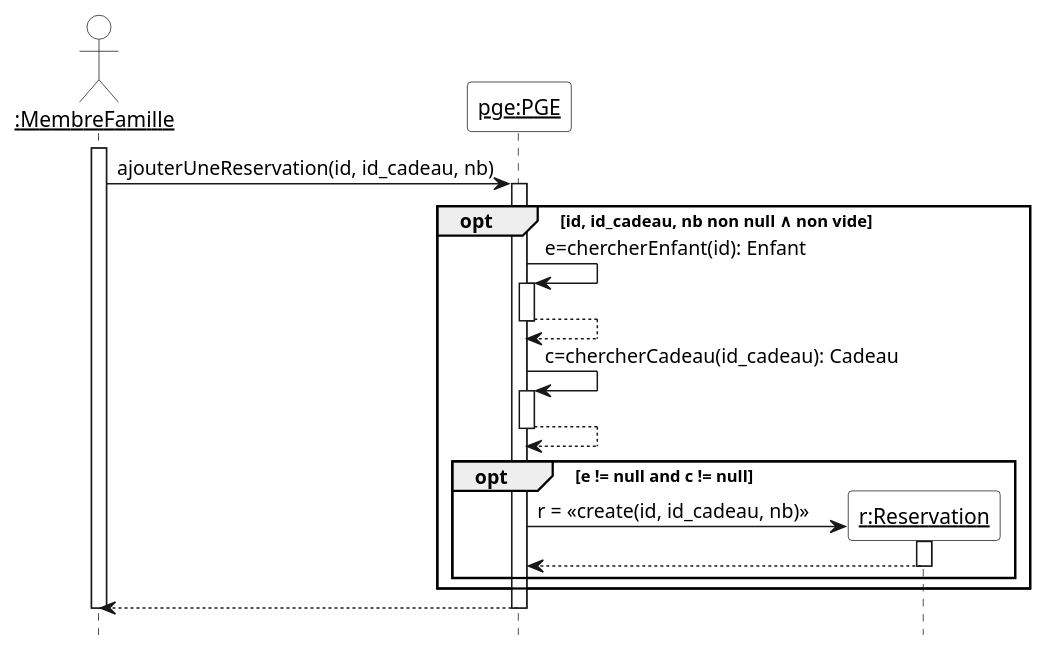
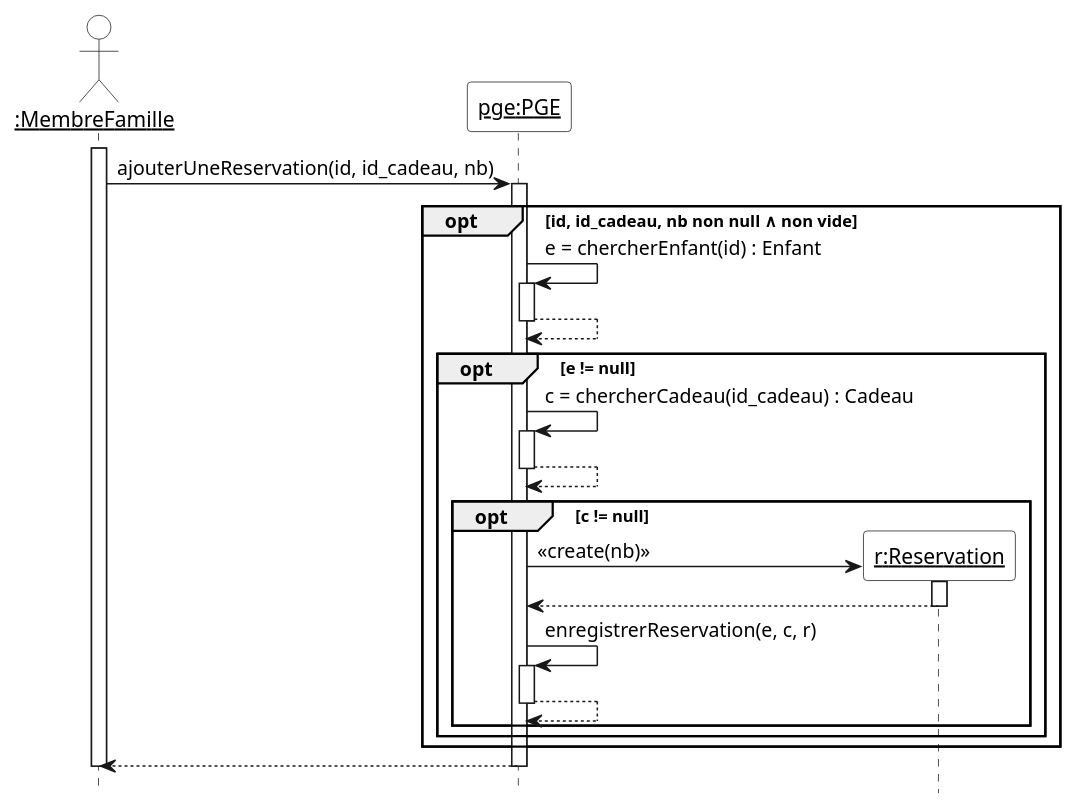
The diagram in Diagrammes/pge_uml_diag_seq_ajouter_une_reservation_de_cadeau_a_un_enfant.pu (yasminebelmaaziz/dev_logiciel), drawn with PlantUML before and after one commit. The commit also changed 3 other files, not shown here.

Commit message:
Correction diagrammes de sequence

```diff
--- a/Diagrammes/pge_uml_diag_seq_ajouter_une_reservation_de_cadeau_a_un_enfant.pu
+++ b/Diagrammes/pge_uml_diag_seq_ajouter_une_reservation_de_cadeau_a_un_enfant.pu
@@ -1,30 +1,32 @@
 @startuml
 hide footbox
 skinparam sequenceParticipantBackgroundColor White
 skinparam sequenceActorBackgroundColor White
 
 actor "__:MembreFamille__" as membrefamille
 participant "__pge:PGE__" as pge
 
 activate membrefamille
 membrefamille -> pge ++ : ajouterUneReservation(id, id_cadeau, nb)
 
 opt id, id_cadeau, nb non null ∧ non vide
-  pge -> pge ++ : e=chercherEnfant(id): Enfant
+  pge -> pge ++ : e = chercherEnfant(id) : Enfant
   return
 
-  pge -> pge ++ : c=chercherCadeau(id_cadeau): Cadeau
-  return
-
-  opt e != null and c != null
-    create "__r:Reservation__" as r
-    pge -> r ++ : r = <<create(id, id_cadeau, nb)>>
+  opt e != null
+    pge -> pge ++ : c = chercherCadeau(id_cadeau) : Cadeau
     return
 
+    opt c != null
+      create "__r:Reservation__" as r
+      pge -> r ++ : <<create(nb)>>
+      return
+      pge -> pge ++ : enregistrerReservation(e, c, r)
+      return
+    end
   end
-
 end
 
 return
 deactivate membrefamille
 @enduml
```
